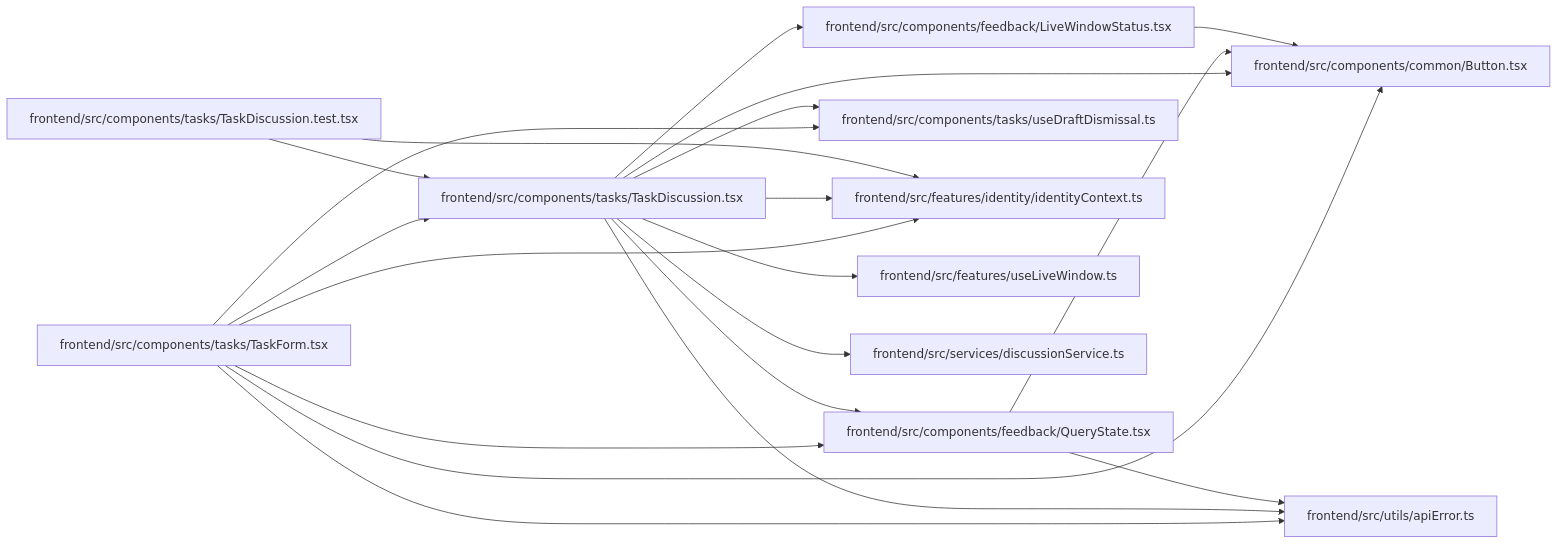
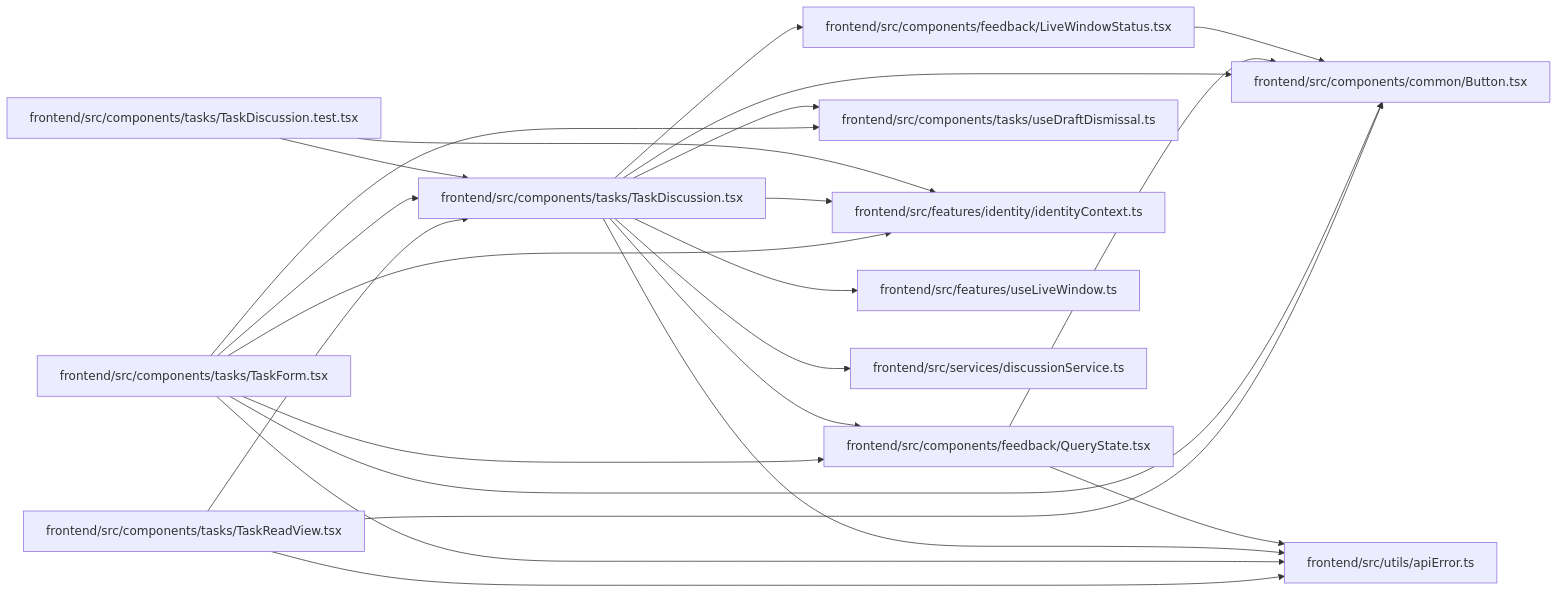
Before and after one commit to Denissvgn/WorkChord: the diagram in docs/llm_wiki/modules/TaskDiscussion.md, drawn with Mermaid. The commit also changed other lines of this file and 375 other files, not shown here.

Commit message:
docs(wiki): refresh for the read-first task view

````diff
--- a/docs/llm_wiki/modules/TaskDiscussion.md
+++ b/docs/llm_wiki/modules/TaskDiscussion.md
@@ -39,44 +39,49 @@
 ```mermaid
 flowchart LR
     n0["frontend/src/components/common/Button.tsx"]
     n1["frontend/src/components/feedback/LiveWindowStatus.tsx"]
     n2["frontend/src/components/feedback/QueryState.tsx"]
     n3["frontend/src/components/tasks/TaskDiscussion.test.tsx"]
     n4["frontend/src/components/tasks/TaskDiscussion.tsx"]
     n5["frontend/src/components/tasks/TaskForm.tsx"]
-    n6["frontend/src/components/tasks/useDraftDismissal.ts"]
-    n7["frontend/src/features/identity/identityContext.ts"]
-    n8["frontend/src/features/useLiveWindow.ts"]
-    n9["frontend/src/services/discussionService.ts"]
-    n10["frontend/src/utils/apiError.ts"]
+    n6["frontend/src/components/tasks/TaskReadView.tsx"]
+    n7["frontend/src/components/tasks/useDraftDismissal.ts"]
+    n8["frontend/src/features/identity/identityContext.ts"]
+    n9["frontend/src/features/useLiveWindow.ts"]
+    n10["frontend/src/services/discussionService.ts"]
+    n11["frontend/src/utils/apiError.ts"]
     n1 --> n0
     n2 --> n0
-    n2 --> n10
+    n2 --> n11
     n3 --> n4
-    n3 --> n7
+    n3 --> n8
     n4 --> n0
     n4 --> n1
     n4 --> n2
-    n4 --> n6
     n4 --> n7
     n4 --> n8
     n4 --> n9
     n4 --> n10
+    n4 --> n11
     n5 --> n0
     n5 --> n2
     n5 --> n4
-    n5 --> n6
     n5 --> n7
-    n5 --> n10
+    n5 --> n8
+    n5 --> n11
+    n6 --> n0
+    n6 --> n4
+    n6 --> n11
     click n0 "../modules/Button.md"
     click n1 "../modules/LiveWindowStatus.md"
     click n2 "../modules/QueryState.md"
     click n3 "../modules/TaskDiscussion.test.md"
     click n4 "../modules/TaskDiscussion.md"
     click n5 "../modules/TaskForm.md"
-    click n6 "../modules/useDraftDismissal.md"
-    click n7 "../modules/identityContext.md"
-    click n8 "../modules/useLiveWindow.md"
-    click n9 "../modules/discussionService.md"
-    click n10 "../modules/apiError.md"
+    click n6 "../modules/TaskReadView.md"
+    click n7 "../modules/useDraftDismissal.md"
+    click n8 "../modules/identityContext.md"
+    click n9 "../modules/useLiveWindow.md"
+    click n10 "../modules/discussionService.md"
+    click n11 "../modules/apiError.md"
 ```
````
